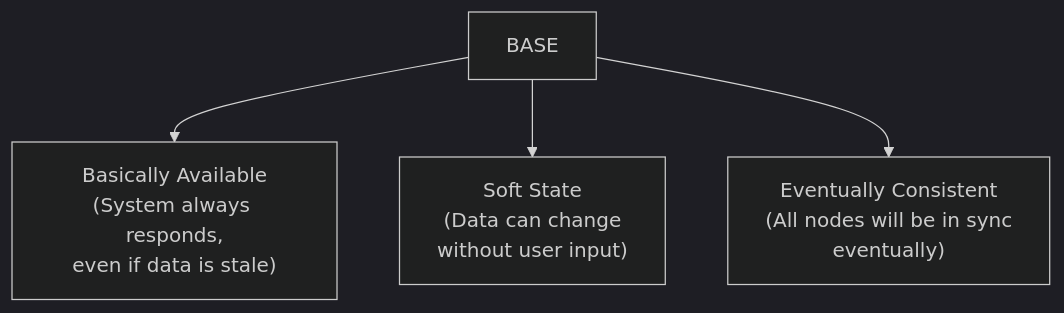
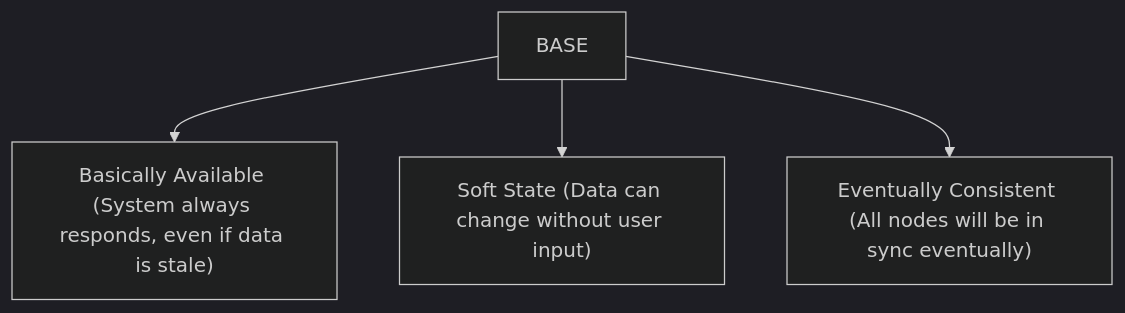
The fifth of 8 diagrams in MongoDB/sql-nosql-scaling-acid-cap.md (Wolfgang281/MongoDB), drawn with Mermaid (dark theme) before and after one commit. The commit also changed other lines of this file, not shown here.

````diff
--- a/MongoDB/sql-nosql-scaling-acid-cap.md
+++ b/MongoDB/sql-nosql-scaling-acid-cap.md
@@ -330,6 +330,6 @@
 ```mermaid
 graph TD
-    BASE --> BA["Basically Available\n(System always responds,\neven if data is stale)"]
-    BASE --> SS["Soft State\n(Data can change\nwithout user input)"]
-    BASE --> EC["Eventually Consistent\n(All nodes will be in sync\neventually)"]
+    BASE --> BA["Basically Available (System always responds, even if data is stale)"]
+    BASE --> SS["Soft State (Data can change without user input)"]
+    BASE --> EC["Eventually Consistent (All nodes will be in sync eventually)"]
 ```
````
